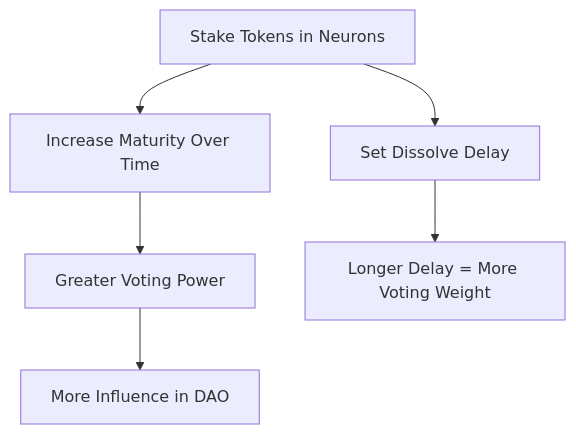
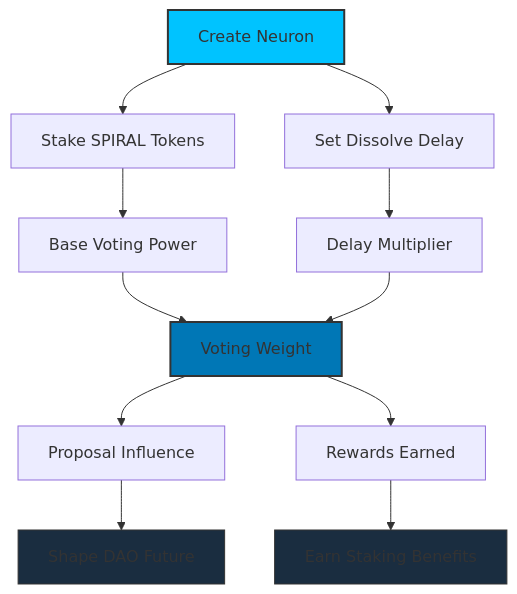
One commit to cosmicrafts/cosmicrafts-dao changed the eighth of 30 diagrams in src/frontend/src/assets/markdown/en/governance.md. Above: the diagram before and after it, drawn with Mermaid. The commit also changed other lines of this file and 14 other files, not shown here.

````diff
--- a/src/frontend/src/assets/markdown/en/governance.md
+++ b/src/frontend/src/assets/markdown/en/governance.md
@@ -127,8 +246,22 @@
 ```mermaid
-graph TD
-    A[Stake Tokens in Neurons] --> B[Increase Maturity Over Time]
-    B --> C[Greater Voting Power]
-    C --> E[More Influence in DAO]
-    A --> G[Set Dissolve Delay]
-    G --> H[Longer Delay = More Voting Weight]
+flowchart TD
+    A[Create Neuron] --> B[Stake SPIRAL Tokens]
+    A --> C[Set Dissolve Delay]
+    
+    B --> D[Base Voting Power]
+    C --> E[Delay Multiplier]
+    
+    D --> F[Voting Weight]
+    E --> F
+    
+    F --> G[Proposal Influence]
+    F --> H[Rewards Earned]
+    
+    G --> I[Shape DAO Future]
+    H --> J[Earn Staking Benefits]
+    
+    style A fill:#00c3ff,stroke:#333,stroke-width:2px
+    style F fill:#0077b6,stroke:#333,stroke-width:2px
+    style I fill:#1a2d40,stroke:#333,stroke-width:1px
+    style J fill:#1a2d40,stroke:#333,stroke-width:1px
 ```
````
